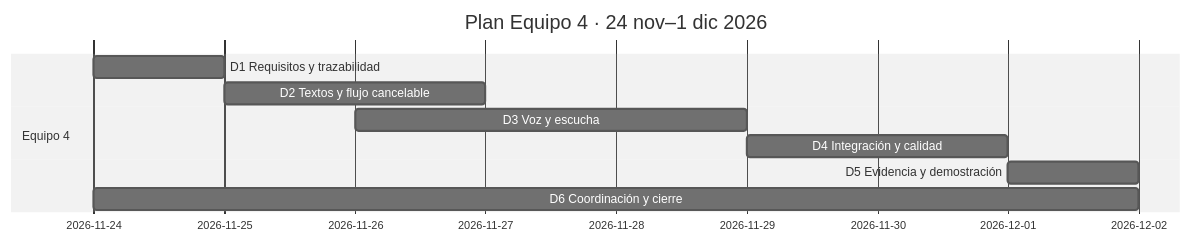
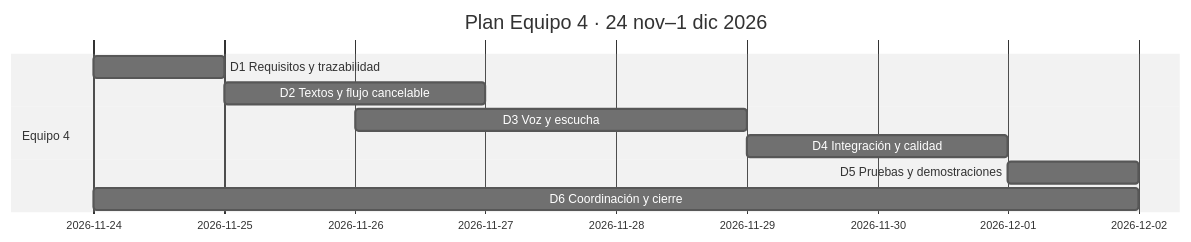
One commit to Open-Hub-Tec/yucu-protocol changed the diagram in docs/gestion/equipo-4/propuesta.md. Above: the diagram before and after it, drawn with Mermaid (neutral theme). The commit also changed other lines of this file, not shown here.

````diff
--- a/docs/gestion/equipo-4/propuesta.md
+++ b/docs/gestion/equipo-4/propuesta.md
@@ -53,12 +53,12 @@
 ```mermaid
 gantt
     title Plan Equipo 4 · 24 nov–1 dic 2026
     dateFormat YYYY-MM-DD
     section Equipo 4
-    D1 Requisitos y trazabilidad       :d1, 2026-11-24, 1d
-    D2 Textos y flujo cancelable       :d2, 2026-11-25, 2d
-    D3 Voz y escucha                   :d3, 2026-11-26, 3d
-    D4 Integración y calidad           :d4, 2026-11-29, 2d
-    D5 Evidencia y demostración        :d5, 2026-12-01, 1d
-    D6 Coordinación y cierre           :d6, 2026-11-24, 8d
+    D1 Requisitos y trazabilidad :d1, 2026-11-24, 1d
+    D2 Textos y flujo cancelable :d2, 2026-11-25, 2d
+    D3 Voz y escucha :d3, 2026-11-26, 3d
+    D4 Integración y calidad :d4, 2026-11-29, 2d
+    D5 Pruebas y demostraciones :d5, 2026-12-01, 1d
+    D6 Coordinación y cierre :d6, 2026-11-24, 8d
 ```
````
